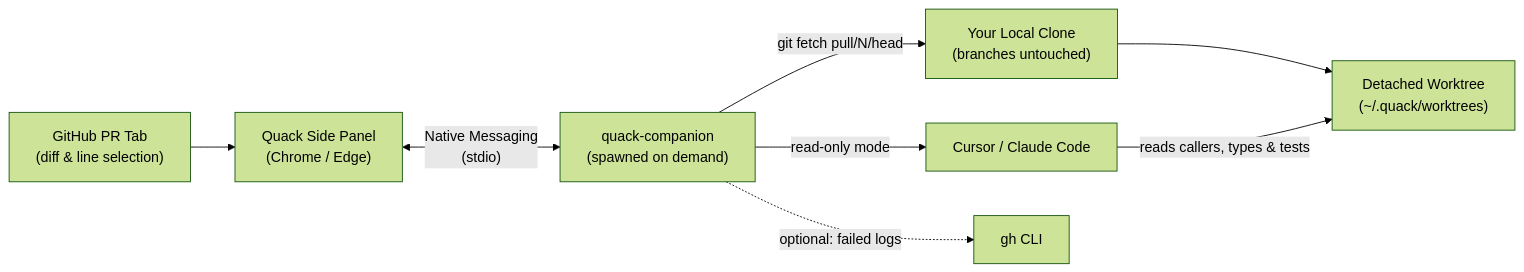
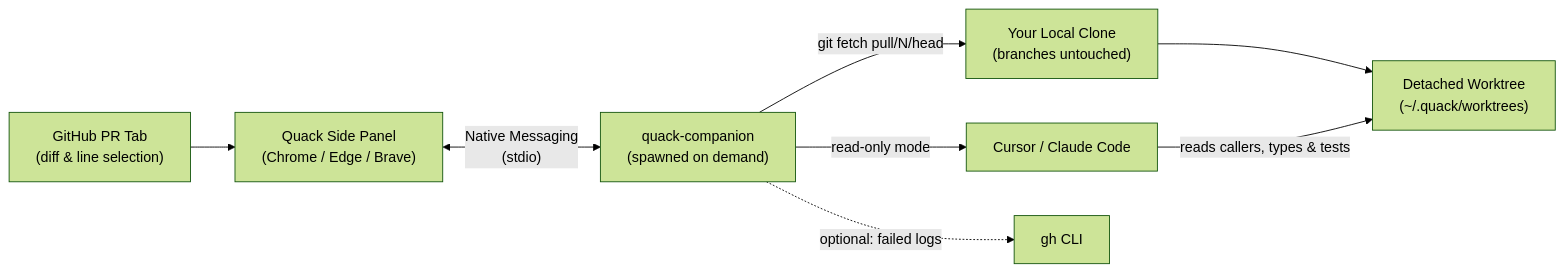
One commit to oicramps/quack changed the diagram in README.md. Above: the diagram before and after it, drawn with Mermaid (forest theme). The commit also changed other lines of this file and 26 other files, not shown here.

````diff
--- a/README.md
+++ b/README.md
@@ -7,10 +7,10 @@
 ```mermaid
 flowchart LR
-  GH["GitHub PR Tab<br/>(diff & line selection)"] --> EXT["Quack Side Panel<br/>(Chrome / Edge)"]
+  GH["GitHub PR Tab<br/>(diff & line selection)"] --> EXT["Quack Side Panel<br/>(Chrome / Edge / Brave)"]
   EXT <-->|"Native Messaging<br/>(stdio)"| COMP["quack-companion<br/>(spawned on demand)"]
   COMP -->|"git fetch pull/N/head"| CLONE["Your Local Clone<br/>(branches untouched)"]
   CLONE --> WT["Detached Worktree<br/>(~/.quack/worktrees)"]
   COMP -->|"read-only mode"| AI["Cursor / Claude Code"]
   AI -->|"reads callers, types & tests"| WT
   COMP -.->|"optional: failed logs"| GHCLI["gh CLI"]
 ```
````
